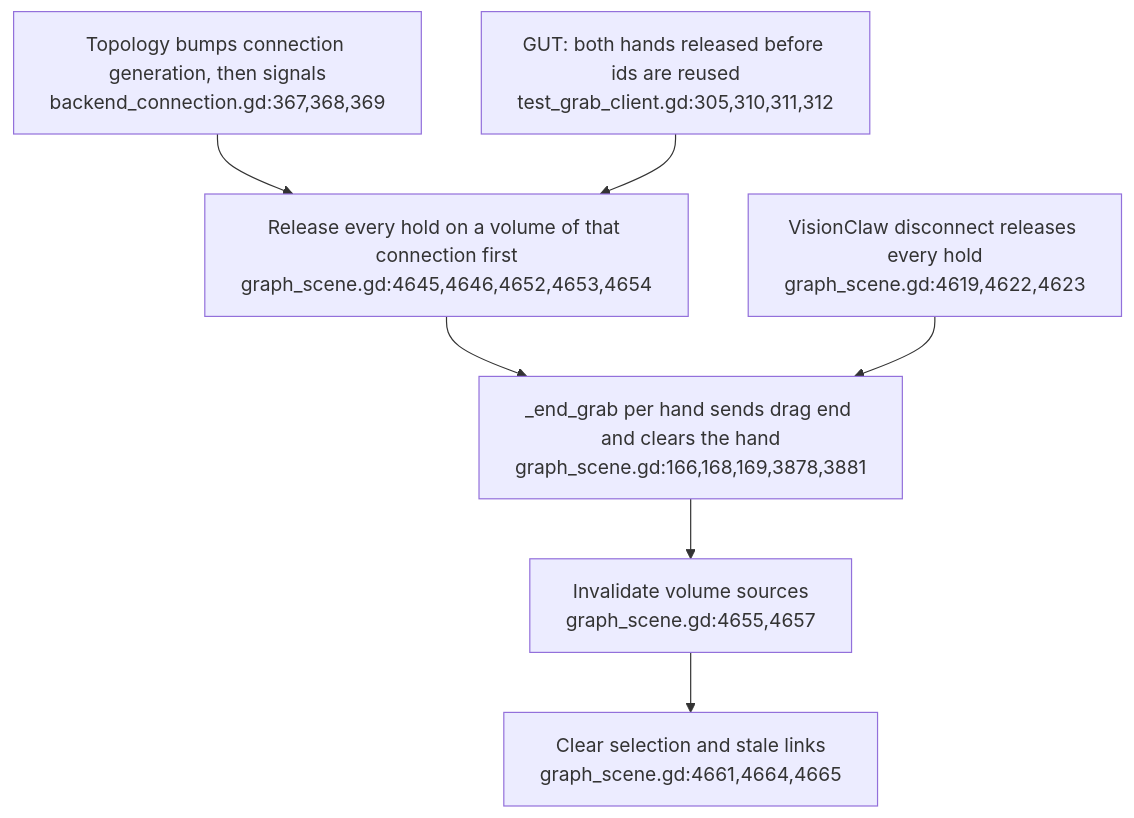
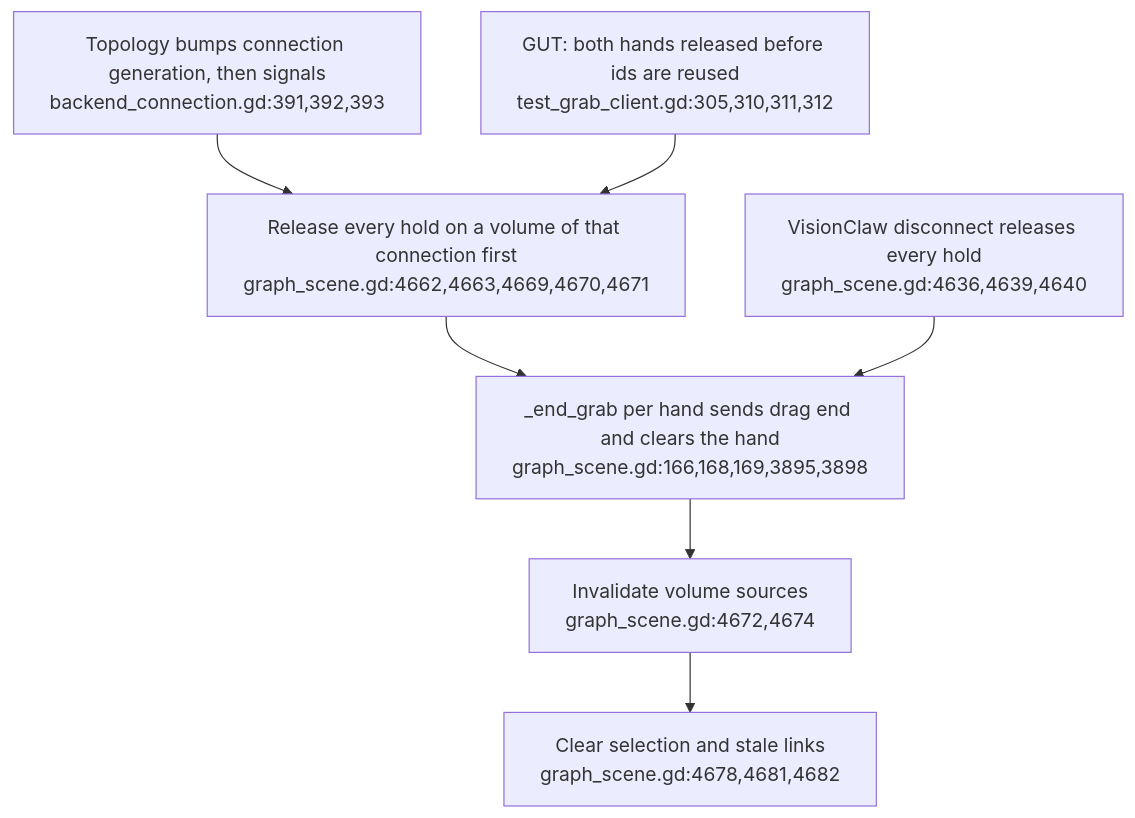
One commit to DreamLab-AI/VisionFlow changed the second of 6 diagrams in docs/diagrams/visionclaw/53-xr-grab-lifetimes-and-input.md. Above: the diagram before and after it, drawn with Mermaid. The commit also changed other lines of this file and 49 other files, not shown here.

First line of the commit message:
docs(diagrams): re-derive and re-stamp VisionClaw, estate, knowledge-graph, visionGraph, VisionFlow and sidestr topics

````diff
--- a/docs/diagrams/visionclaw/53-xr-grab-lifetimes-and-input.md
+++ b/docs/diagrams/visionclaw/53-xr-grab-lifetimes-and-input.md
@@ -41,9 +41,9 @@
 ```mermaid
 flowchart TD
-    GEN["Topology bumps connection generation, then signals<br/>backend_connection.gd:367,368,369"] --> RELEASE["Release every hold on a volume of that connection first<br/>graph_scene.gd:4645,4646,4652,4653,4654"]
-    RELEASE --> END["_end_grab per hand sends drag end and clears the hand<br/>graph_scene.gd:166,168,169,3878,3881"]
-    END --> SOURCE["Invalidate volume sources<br/>graph_scene.gd:4655,4657"]
-    SOURCE --> CLEAR["Clear selection and stale links<br/>graph_scene.gd:4661,4664,4665"]
-    DROP["VisionClaw disconnect releases every hold<br/>graph_scene.gd:4619,4622,4623"] --> END
+    GEN["Topology bumps connection generation, then signals<br/>backend_connection.gd:391,392,393"] --> RELEASE["Release every hold on a volume of that connection first<br/>graph_scene.gd:4662,4663,4669,4670,4671"]
+    RELEASE --> END["_end_grab per hand sends drag end and clears the hand<br/>graph_scene.gd:166,168,169,3895,3898"]
+    END --> SOURCE["Invalidate volume sources<br/>graph_scene.gd:4672,4674"]
+    SOURCE --> CLEAR["Clear selection and stale links<br/>graph_scene.gd:4678,4681,4682"]
+    DROP["VisionClaw disconnect releases every hold<br/>graph_scene.gd:4636,4639,4640"] --> END
     TEST["GUT: both hands released before ids are reused<br/>test_grab_client.gd:305,310,311,312"] --> RELEASE
 ```
````
